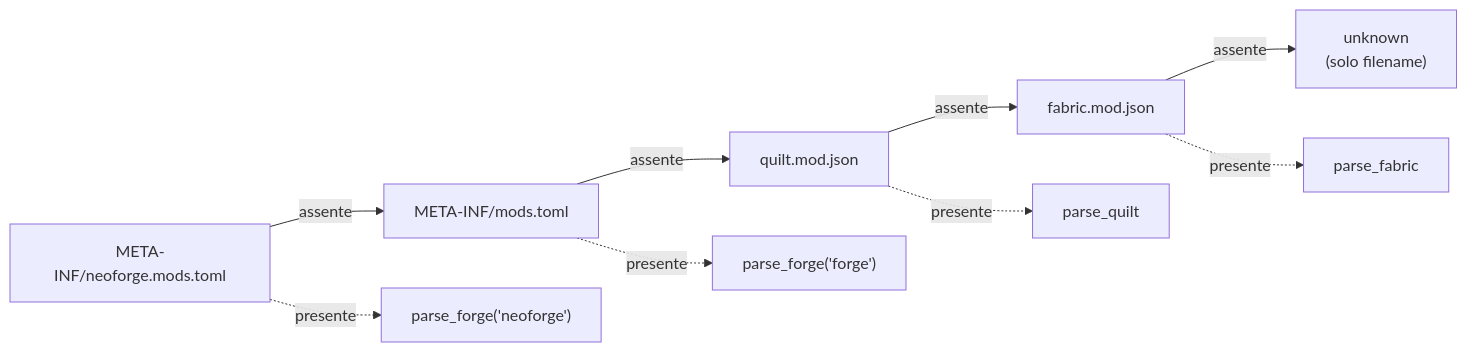
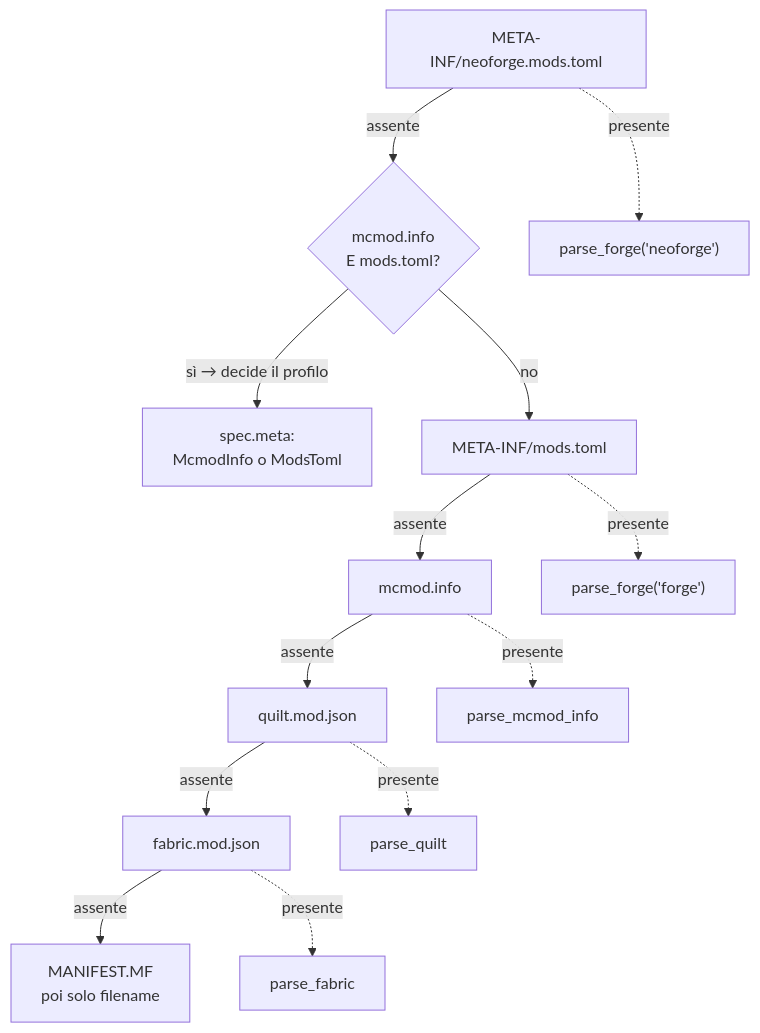
Before and after one commit to Alexkill536ITA/ForgeModpack: the third of 5 diagrams in docs/it/tecnica/06-scansione.md, drawn with Mermaid. The commit also changed other lines of this file and 21 other files, not shown here.

````diff
--- a/docs/it/tecnica/06-scansione.md
+++ b/docs/it/tecnica/06-scansione.md
@@ -30,11 +69,15 @@
 ```mermaid
-graph LR
-    A["META-INF/neoforge.mods.toml"] -->|assente| B["META-INF/mods.toml"]
-    B -->|assente| C["quilt.mod.json"]
+graph TD
+    A["META-INF/neoforge.mods.toml"] -->|assente| DUP{"mcmod.info<br/>E mods.toml?"}
+    A -.->|presente| PN["parse_forge('neoforge')"]
+    DUP -->|"sì → decide il profilo"| TB["spec.meta:<br/>McmodInfo o ModsToml"]
+    DUP -->|no| B["META-INF/mods.toml"]
+    B -->|assente| MC["mcmod.info"]
+    MC -->|assente| C["quilt.mod.json"]
     C -->|assente| D["fabric.mod.json"]
-    D -->|assente| E["unknown<br/>(solo filename)"]
-    A -.->|presente| PF["parse_forge('neoforge')"]
-    B -.->|presente| PF2["parse_forge('forge')"]
+    D -->|assente| E["MANIFEST.MF<br/>poi solo filename"]
+    B -.->|presente| PF["parse_forge('forge')"]
+    MC -.->|presente| PL["parse_mcmod_info"]
     C -.->|presente| PQ["parse_quilt"]
     D -.->|presente| PFA["parse_fabric"]
 ```
````
